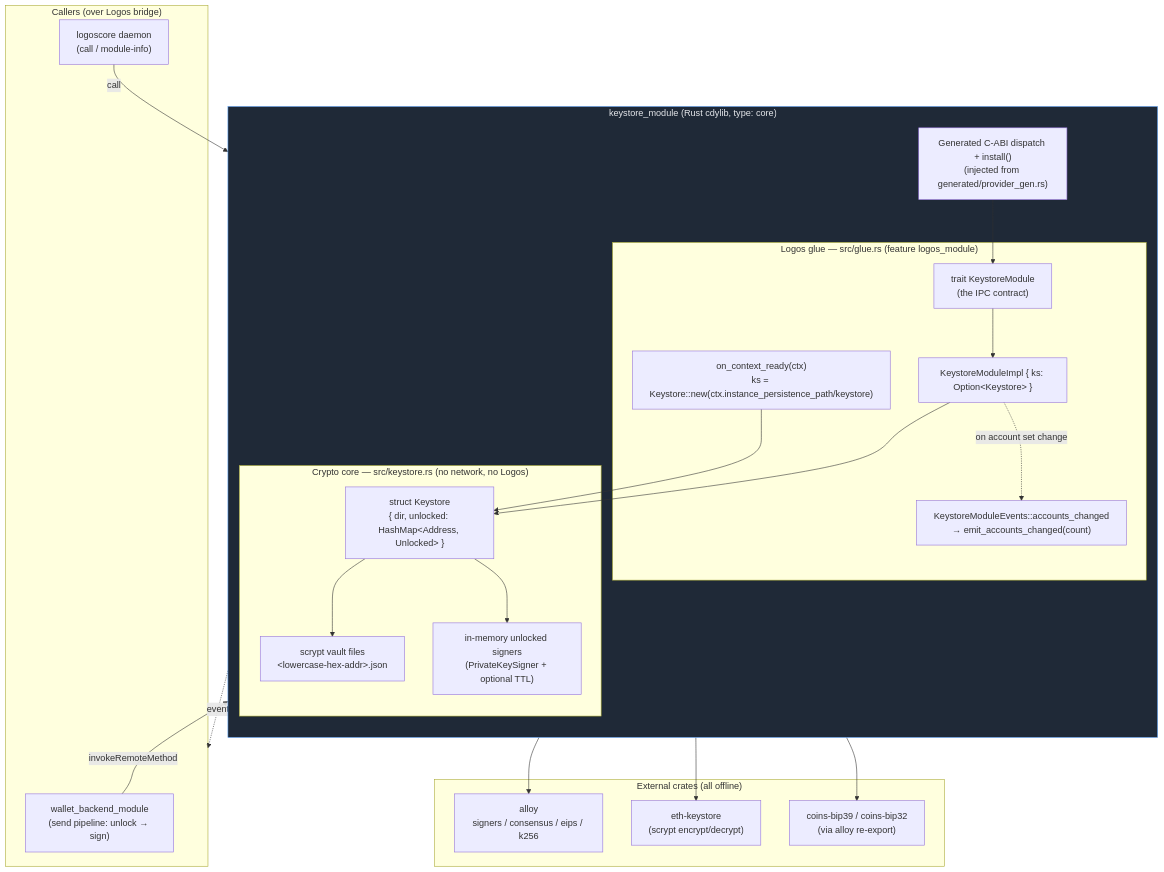
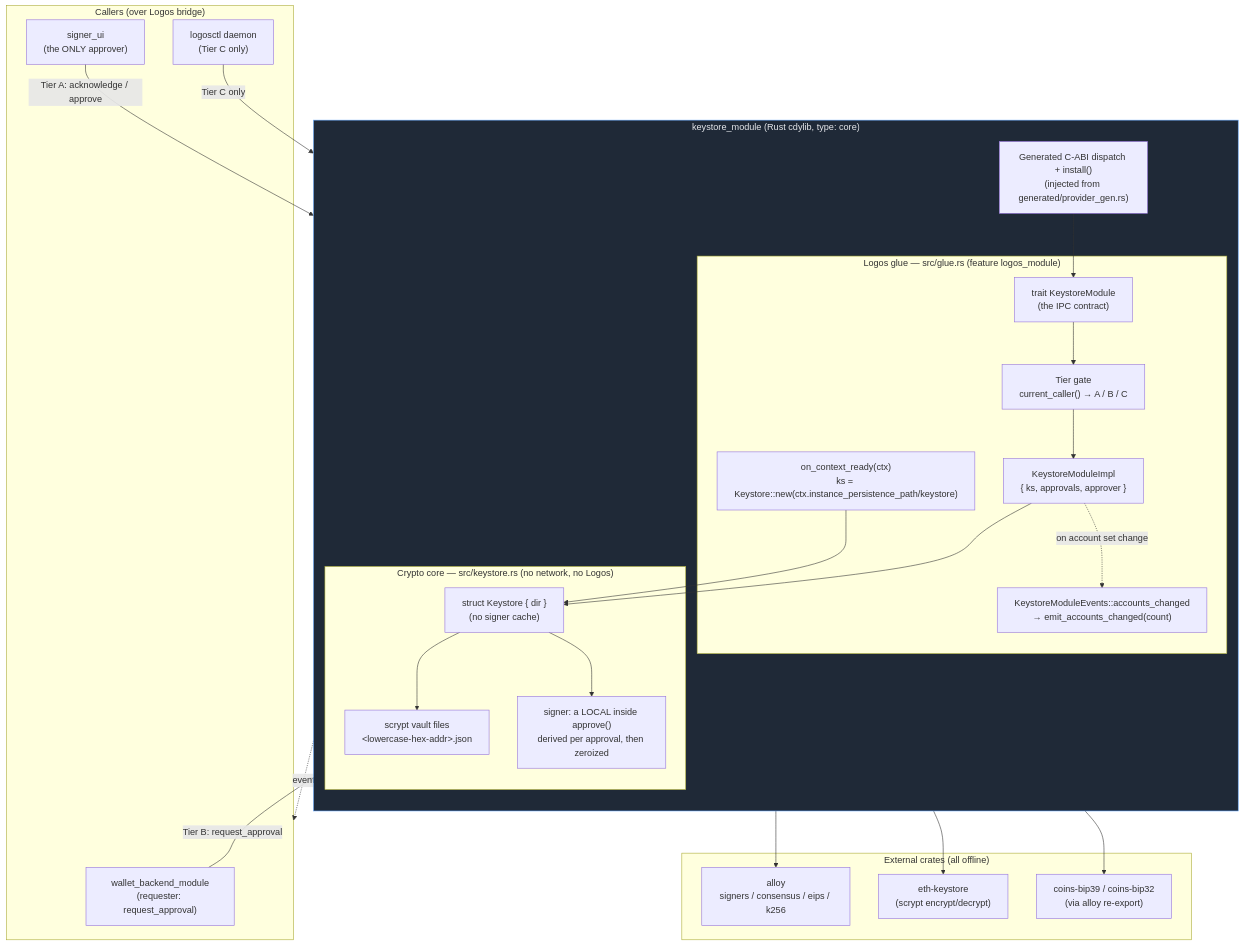
One commit to logos-co/logos-evm-keystore-module changed the first of 2 diagrams in docs/specs.md. Above: the diagram before and after it, drawn with Mermaid. The commit also changed other lines of this file and 7 other files, not shown here.

First line of the commit message:
feat(keystore): human-approved signing replaces the unlocked-signer cache (#6)

````diff
--- a/docs/specs.md
+++ b/docs/specs.md
@@ -60,46 +61,50 @@
 ```mermaid
 flowchart TB
     subgraph Callers["Callers (over Logos bridge)"]
-        BE["wallet_backend_module<br/>(send pipeline: unlock → sign)"]
-        LC["logoscore daemon<br/>(call / module-info)"]
+        BE["wallet_backend_module<br/>(requester: request_approval)"]
+        SU["signer_ui<br/>(the ONLY approver)"]
+        LC["logosctl daemon<br/>(Tier C only)"]
     end
 
     subgraph Module["keystore_module (Rust cdylib, type: core)"]
         direction TB
         DISP["Generated C-ABI dispatch + install()<br/>(injected from generated/provider_gen.rs)"]
         subgraph Glue["Logos glue — src/glue.rs (feature logos_module)"]
             TRAIT["trait KeystoreModule<br/>(the IPC contract)"]
-            IMPL["KeystoreModuleImpl { ks: Option&lt;Keystore&gt; }"]
+            IMPL["KeystoreModuleImpl<br/>{ ks, approvals, approver }"]
+            GATE["Tier gate<br/>current_caller() → A / B / C"]
             EV["KeystoreModuleEvents::accounts_changed<br/>→ emit_accounts_changed(count)"]
             CTX["on_context_ready(ctx)<br/>ks = Keystore::new(ctx.instance_persistence_path/keystore)"]
         end
         subgraph Core["Crypto core — src/keystore.rs (no network, no Logos)"]
-            KS["struct Keystore<br/>{ dir, unlocked: HashMap&lt;Address, Unlocked&gt; }"]
+            KS["struct Keystore { dir }<br/>(no signer cache)"]
             VAULTS["scrypt vault files<br/>&lt;lowercase-hex-addr&gt;.json"]
-            MEM["in-memory unlocked signers<br/>(PrivateKeySigner + optional TTL)"]
+            MEM["signer: a LOCAL inside approve()<br/>derived per approval, then zeroized"]
         end
     end
 
     subgraph Deps["External crates (all offline)"]
         ALLOY["alloy<br/>signers / consensus / eips / k256"]
         ETHKS["eth-keystore<br/>(scrypt encrypt/decrypt)"]
         BIP39["coins-bip39 / coins-bip32<br/>(via alloy re-export)"]
     end
 
-    BE -->|invokeRemoteMethod| DISP
-    LC -->|call| DISP
+    BE -->|Tier B: request_approval| DISP
+    SU -->|Tier A: acknowledge / approve| DISP
+    LC -->|Tier C only| DISP
     DISP --> TRAIT
-    TRAIT --> IMPL
+    TRAIT --> GATE
+    GATE --> IMPL
     IMPL --> KS
     IMPL -.->|on account set change| EV
     EV -.->|event| Callers
     CTX --> KS
     KS --> VAULTS
     KS --> MEM
     KS --> ALLOY
     KS --> ETHKS
     KS --> BIP39
 
     classDef boundary fill:#1f2937,stroke:#60a5fa,color:#e5e7eb;
     class Module boundary;
 ```
````
